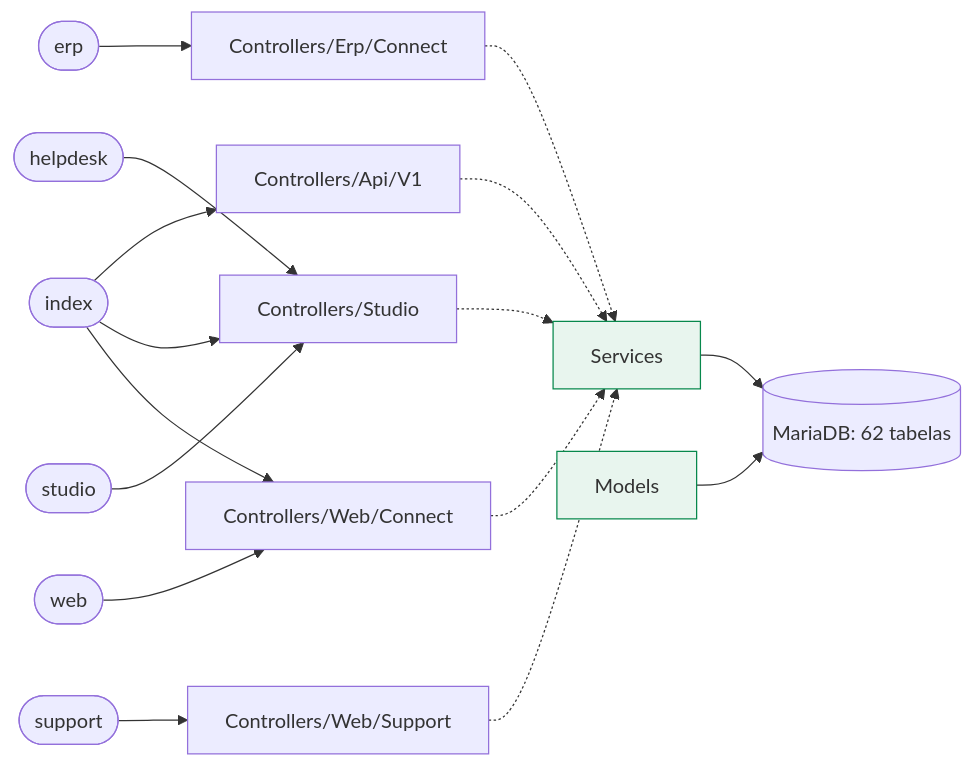
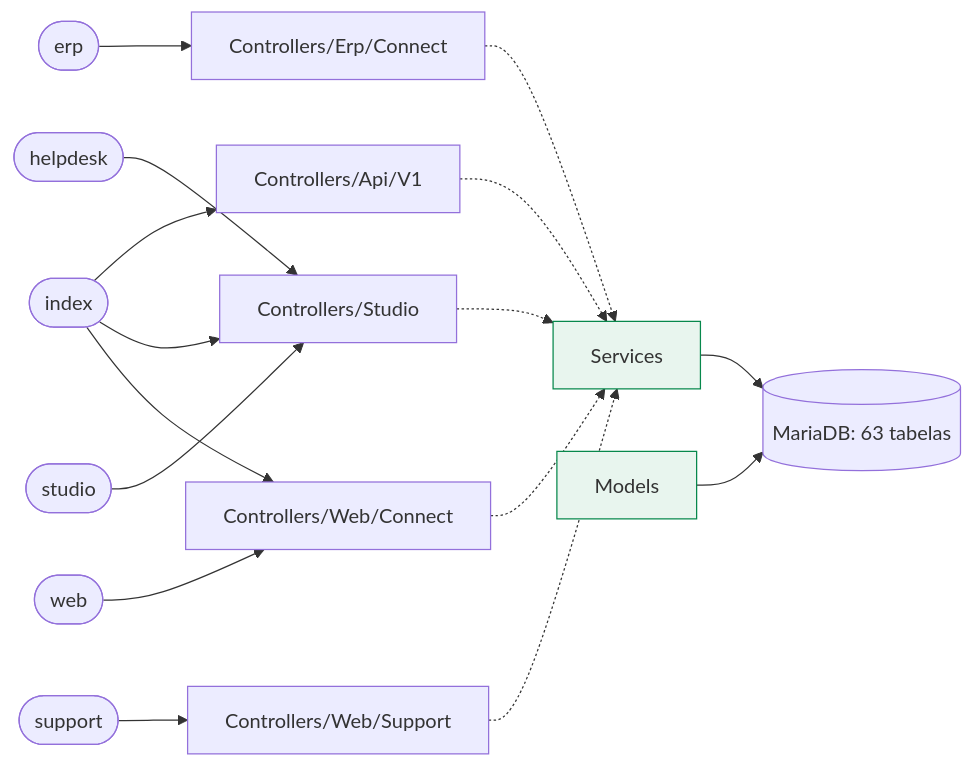
Before and after one commit to djalmamartins/connect-erp: the first of 2 diagrams in docs/map/README.md, drawn with Mermaid. The commit also changed other lines of this file and 1 other file, not shown here.

````diff
--- a/docs/map/README.md
+++ b/docs/map/README.md
@@ -13,28 +13,28 @@
 ```mermaid
 flowchart LR
   env_erp(["erp"])
   env_erp --> pkg_Controllers_Erp_Connect["Controllers/Erp/Connect"]
   env_helpdesk(["helpdesk"])
   env_helpdesk --> pkg_Controllers_Studio["Controllers/Studio"]
   env_index(["index"])
   env_index --> pkg_Controllers_Api_V1["Controllers/Api/V1"]
   env_index --> pkg_Controllers_Studio["Controllers/Studio"]
   env_index --> pkg_Controllers_Web_Connect["Controllers/Web/Connect"]
   env_studio(["studio"])
   env_studio --> pkg_Controllers_Studio["Controllers/Studio"]
   env_support(["support"])
   env_support --> pkg_Controllers_Web_Support["Controllers/Web/Support"]
   env_web(["web"])
   env_web --> pkg_Controllers_Web_Connect["Controllers/Web/Connect"]
   pkg_svc["Services"]:::svc
   pkg_mdl["Models"]:::svc
-  db[("MariaDB: 62 tabelas")]
+  db[("MariaDB: 63 tabelas")]
   pkg_Controllers_Api_V1 -.-> pkg_svc
   pkg_Controllers_Erp_Connect -.-> pkg_svc
   pkg_Controllers_Studio -.-> pkg_svc
   pkg_Controllers_Web_Connect -.-> pkg_svc
   pkg_Controllers_Web_Support -.-> pkg_svc
   pkg_svc --> db
   pkg_mdl --> db
   classDef svc fill:#e8f5ee,stroke:#07884c
 ```
````
